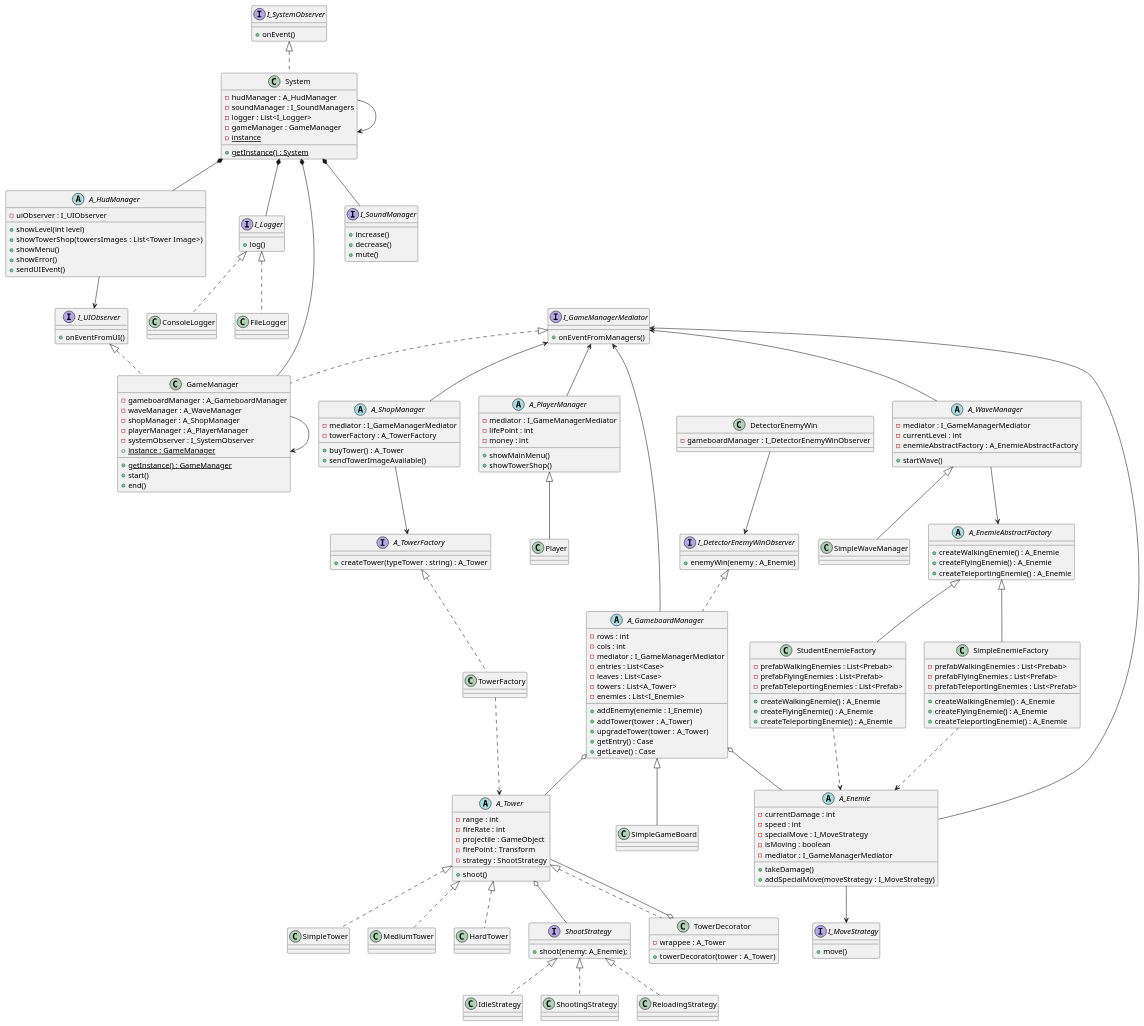
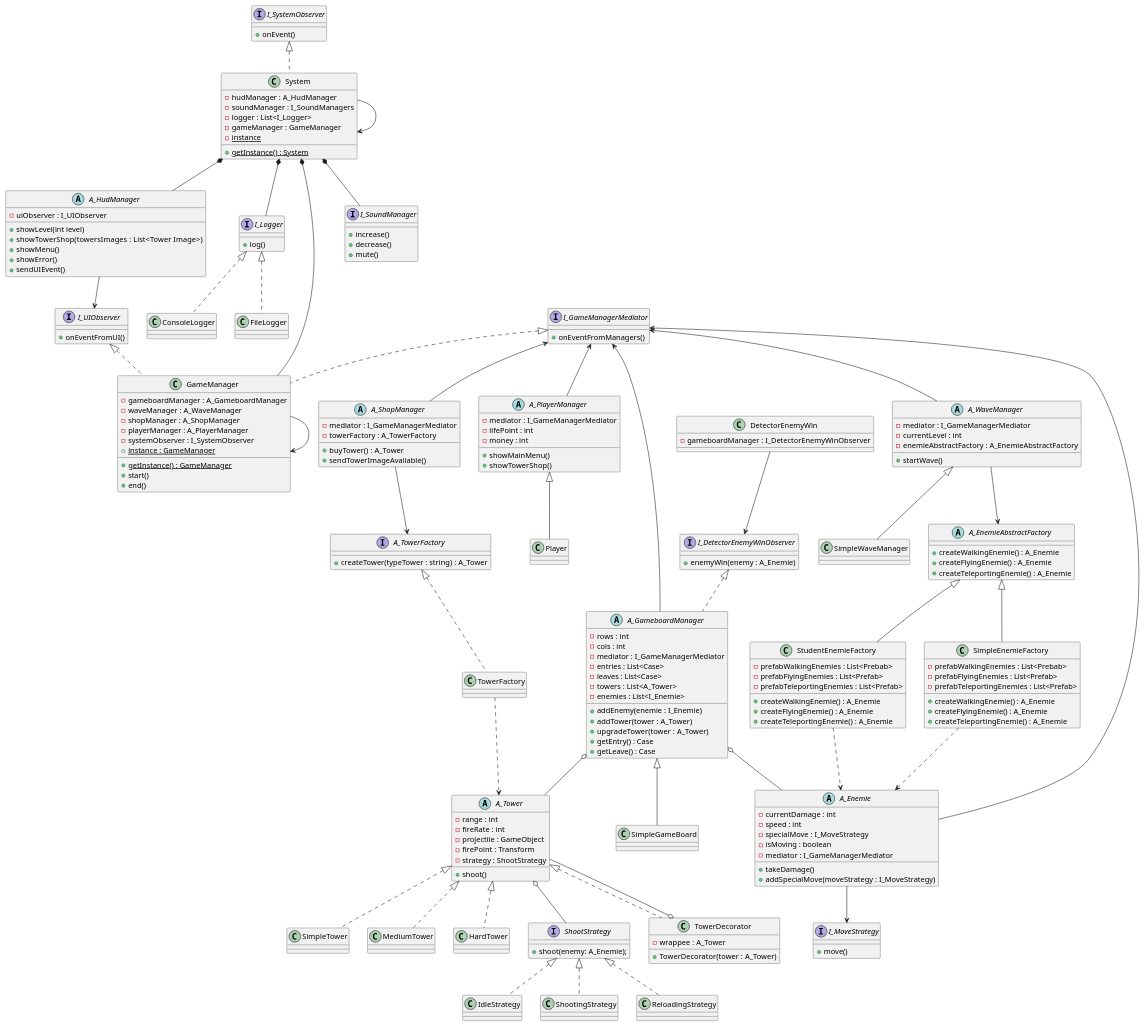
The diagram in uml.plantuml (bobylatruffe/tower_defense), drawn with PlantUML before and after one commit. The commit also changed 3 other files, not shown here.

```diff
--- a/uml.plantuml
+++ b/uml.plantuml
@@ -202,7 +202,7 @@
 
 class TowerDecorator implements A_Tower {
     - wrappee : A_Tower
-    + towerDecorator(tower : A_Tower)
+    + TowerDecorator(tower : A_Tower)
 }
 
 interface I_MoveStrategy {
```
